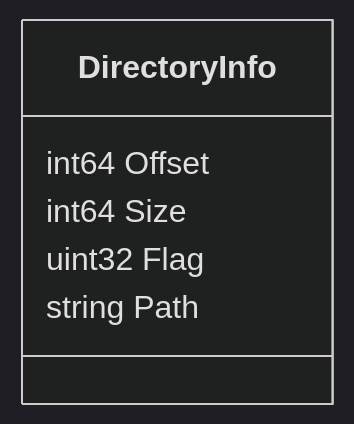
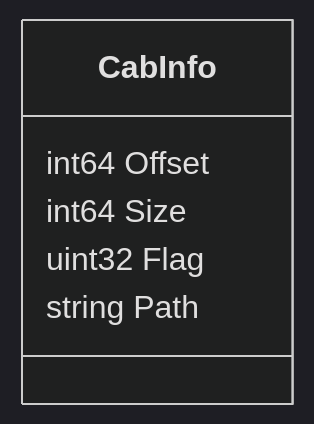
Before and after one commit to Conerlius/conerlius.github.io: the fourth of 7 diagrams in _posts/计算机/游戏/Unity/2022-07-27-Assetbundle文件格式说明.md, drawn with Mermaid (dark theme). The commit also changed other lines of this file and 8 other files, not shown here.

````diff
--- a/_posts/计算机/游戏/Unity/2022-07-27-Assetbundle文件格式说明.md
+++ b/_posts/计算机/游戏/Unity/2022-07-27-Assetbundle文件格式说明.md
@@ -60,9 +55,9 @@
 ```mermaid
 classDiagram
-class DirectoryInfo {
+class CabInfo {
     int64 Offset
     int64 Size
     uint32 Flag
     string Path
 }
 ```
````
